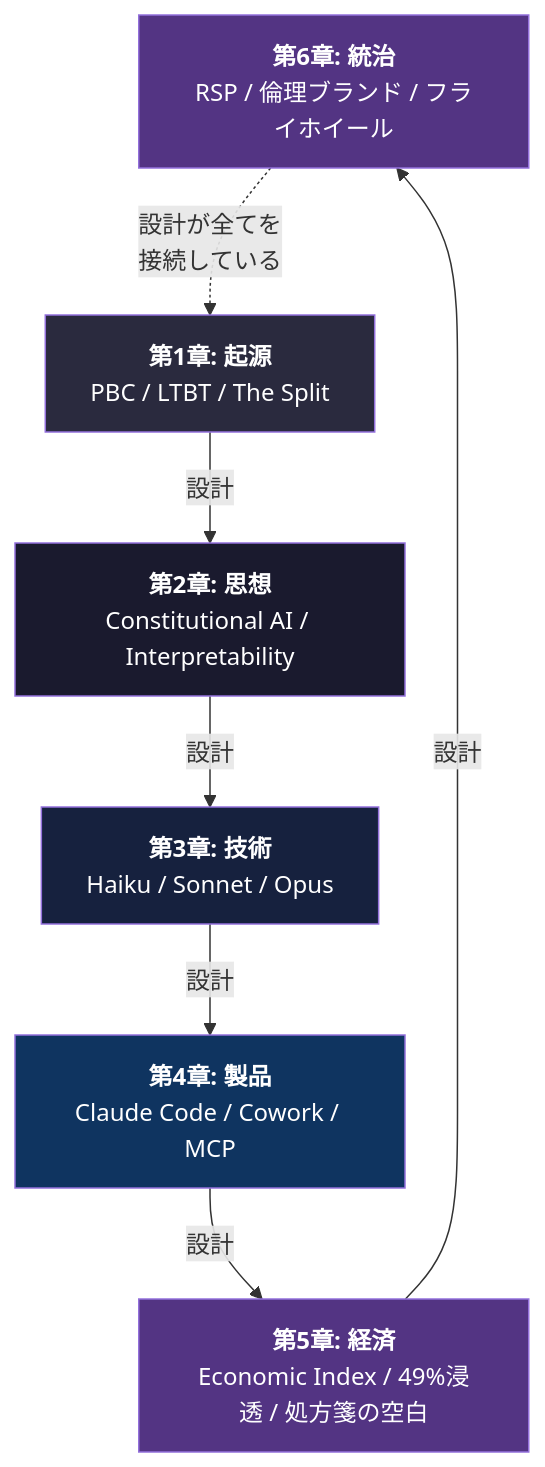
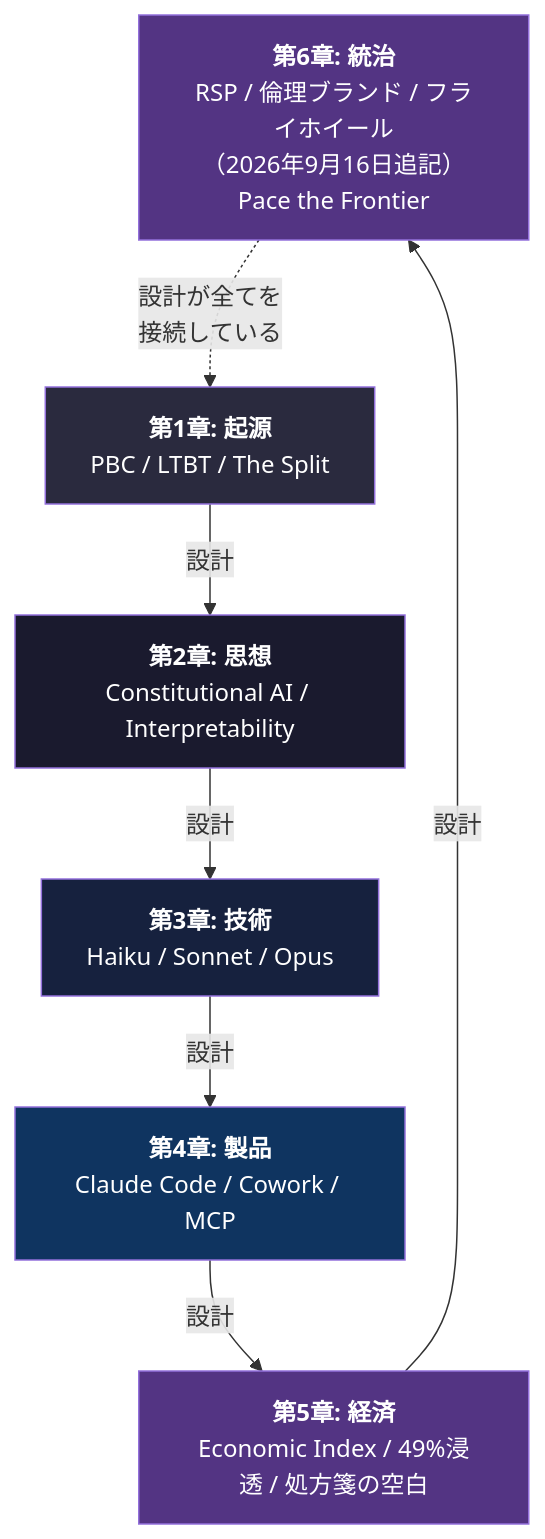
Before and after one commit to Leading-AI-IO/anatomy-of-anthropic: diagram 15 of 15 in docs/jp/anatomy_of_anthropic_jp.md, drawn with Mermaid. The commit also changed other lines of this file, not shown here.

````diff
--- a/docs/jp/anatomy_of_anthropic_jp.md
+++ b/docs/jp/anatomy_of_anthropic_jp.md
@@ -1194,23 +1282,23 @@
 ```mermaid
 flowchart TB
-    G["<b>第6章: 統治</b><br/>RSP / 倫理ブランド / フライホイール"]
+    G["<b>第6章: 統治</b><br/>RSP / 倫理ブランド / フライホイール<br/>（2026年9月16日追記）<br/>Pace the Frontier"]
     E["<b>第5章: 経済</b><br/>Economic Index / 49%浸透 / 処方箋の空白"]
     P["<b>第4章: 製品</b><br/>Claude Code / Cowork / MCP"]
     T["<b>第3章: 技術</b><br/>Haiku / Sonnet / Opus"]
     Ph["<b>第2章: 思想</b><br/>Constitutional AI / Interpretability"]
     O["<b>第1章: 起源</b><br/>PBC / LTBT / The Split"]
 
     O -->|"設計"| Ph
     Ph -->|"設計"| T
     T -->|"設計"| P
     P -->|"設計"| E
     E -->|"設計"| G
     G -.->|"設計が全てを<br/>接続している"| O
 
     style O fill:#2a2a3e,color:#fff
     style Ph fill:#1a1a2e,color:#fff
     style T fill:#16213e,color:#fff
     style P fill:#0f3460,color:#fff
     style E fill:#533483,color:#fff
     style G fill:#533483,color:#fff
 ```
````
